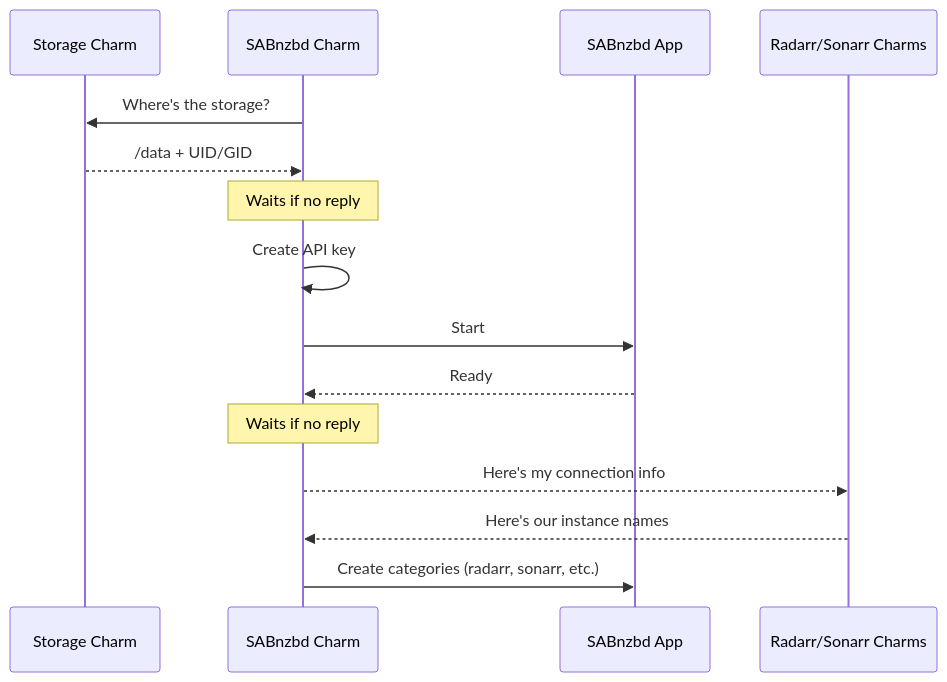
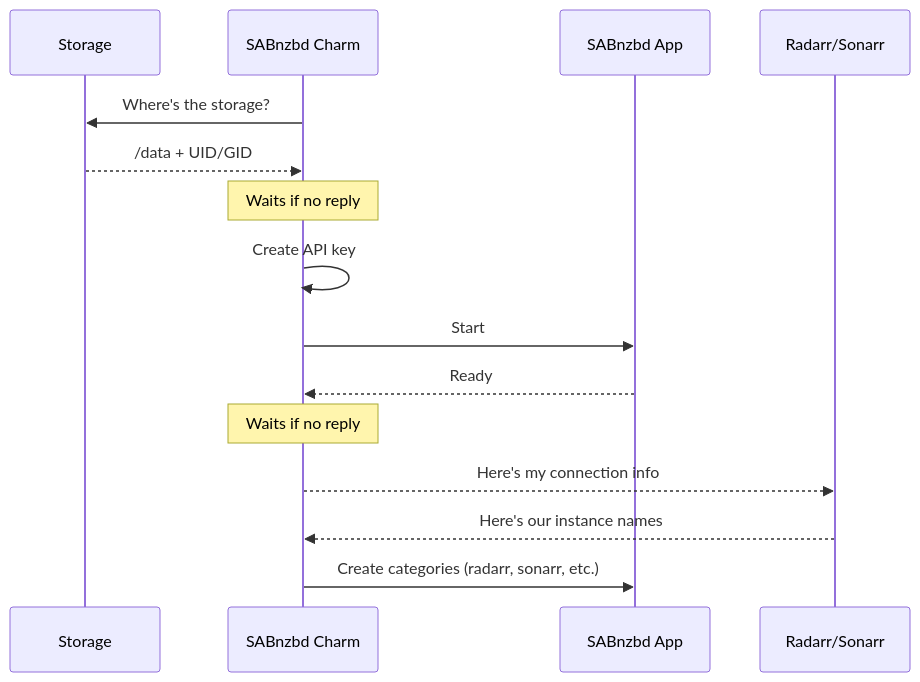
The second of 2 diagrams in docs/charms/download-client.md (charmarr/charmarr), drawn with Mermaid before and after one commit. The commit also changed other lines of this file and 23 other files, not shown here.

````diff
--- a/docs/charms/download-client.md
+++ b/docs/charms/download-client.md
@@ -72,20 +72,20 @@
 ```mermaid
 sequenceDiagram
-    participant SC as Storage Charm
+    participant Storage
     participant NC as SABnzbd Charm
     participant SAB as SABnzbd App
-    participant RC as Radarr/Sonarr Charms
+    participant RC as Radarr/Sonarr
 
-    NC->>SC: Where's the storage?
-    SC-->>NC: /data + UID/GID
+    NC->>Storage: Where's the storage?
+    Storage-->>NC: /data + UID/GID
     Note over NC: Waits if no reply
 
     NC->>NC: Create API key
     NC->>SAB: Start
     SAB-->>NC: Ready
     Note over NC: Waits if no reply
 
     NC-->>RC: Here's my connection info
     RC-->>NC: Here's our instance names
     NC->>SAB: Create categories (radarr, sonarr, etc.)
 ```
````
